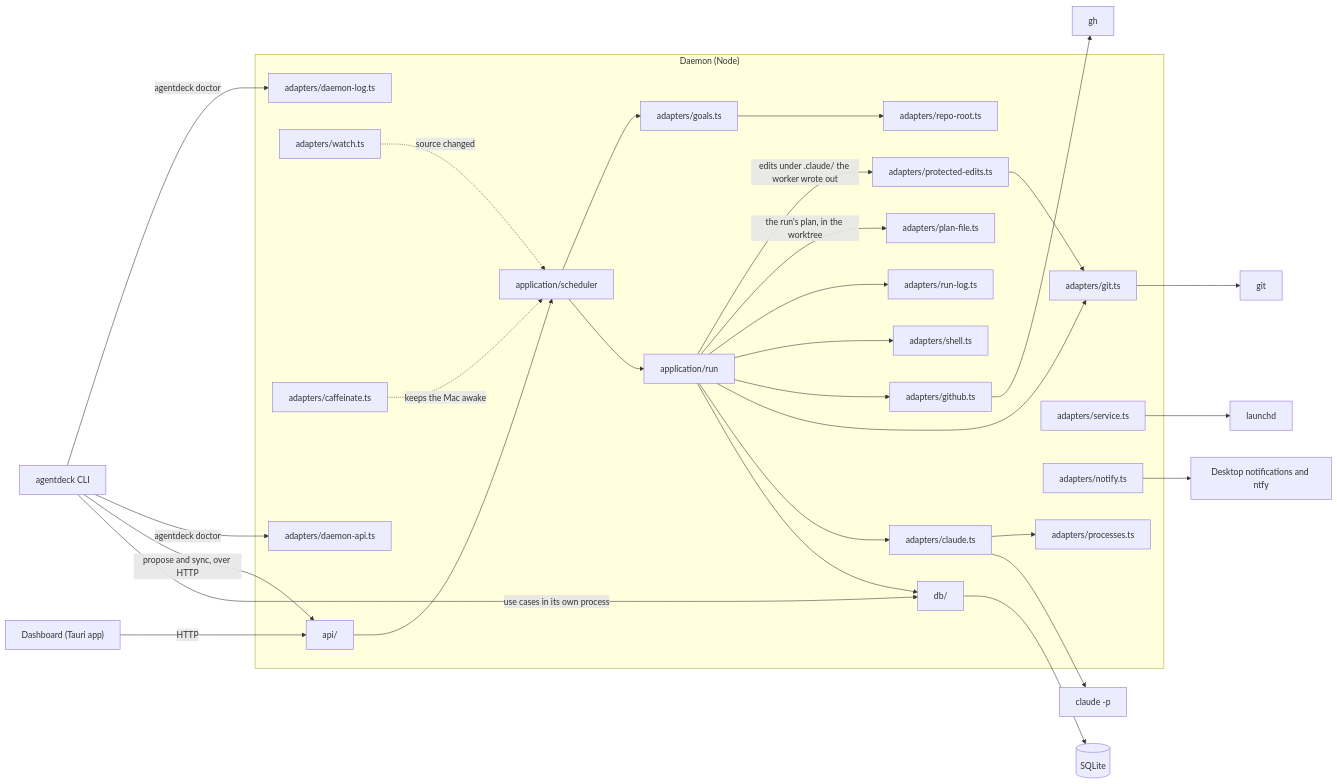
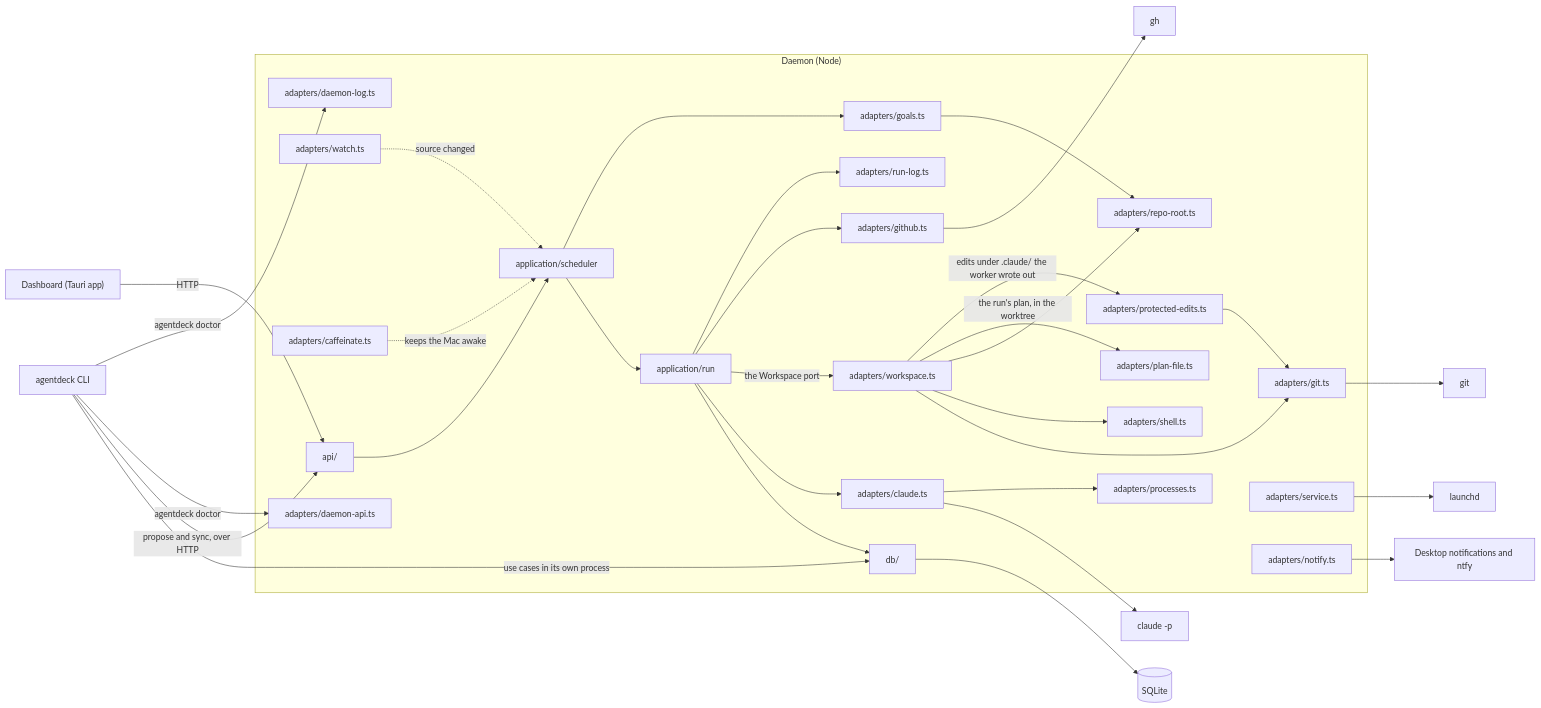
One commit to tomrobdev/agentdeck changed the second of 3 diagrams in docs/architecture.md. Above: the diagram before and after it, drawn with Mermaid. The commit also changed 28 other files, not shown here.

First line of the commit message:
Workspace port

````diff
--- a/docs/architecture.md
+++ b/docs/architecture.md
@@ -52,56 +52,56 @@
 ```mermaid
 flowchart LR
   dashboard["Dashboard (Tauri app)"]
   cli["agentdeck CLI"]
   subgraph daemon["Daemon (Node)"]
     api["api/"]
     scheduler["application/scheduler"]
     worker["application/run"]
     db["db/"]
     claude["adapters/claude.ts"]
+    workspace["adapters/workspace.ts"]
     git["adapters/git.ts"]
     github["adapters/github.ts"]
     service["adapters/service.ts"]
     notify["adapters/notify.ts"]
     processes["adapters/processes.ts"]
     shell["adapters/shell.ts"]
     runlog["adapters/run-log.ts"]
     planfile["adapters/plan-file.ts"]
     protectededits["adapters/protected-edits.ts"]
     goals["adapters/goals.ts"]
     reporoot["adapters/repo-root.ts"]
     watch["adapters/watch.ts"]
     caffeinate["adapters/caffeinate.ts"]
     daemonapi["adapters/daemon-api.ts"]
     daemonlog["adapters/daemon-log.ts"]
   end
   sqlite[("SQLite")]
   claudecli["claude -p"]
   gitbin["git"]
   ghbin["gh"]
   launchd["launchd"]
   notifications["Desktop notifications and ntfy"]
   dashboard -- HTTP --> api
   cli -- "use cases in its own process" --> db
   cli -- "propose and sync, over HTTP" --> api
   api --> scheduler
   scheduler --> worker
   worker --> db
   db --> sqlite
   worker --> claude --> claudecli
-  worker --> git --> gitbin
+  worker -- "the Workspace port" --> workspace --> git --> gitbin
   worker --> github --> ghbin
-  worker --> shell
+  workspace --> shell & reporoot
   claude --> processes
   worker --> runlog
-  worker -- "the run's plan, in the worktree" --> planfile
-  worker -- "edits under .claude/ the worker wrote out" --> protectededits --> git
+  workspace -- "the run's plan, in the worktree" --> planfile
+  workspace -- "edits under .claude/ the worker wrote out" --> protectededits --> git
   scheduler --> goals
   goals --> reporoot
   service --> launchd
   notify --> notifications
   watch -. "source changed" .-> scheduler
   caffeinate -. "keeps the Mac awake" .-> scheduler
-  cli -- "agentdeck doctor" --> daemonapi
-  cli -- "agentdeck doctor" --> daemonlog
+  cli -- "agentdeck doctor" --> daemonapi & daemonlog
 ```
````
